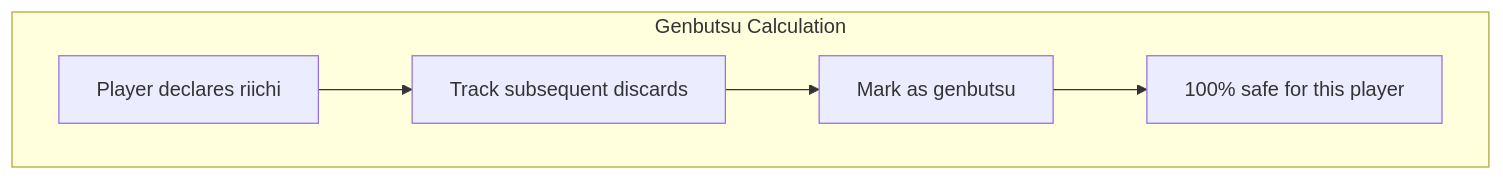
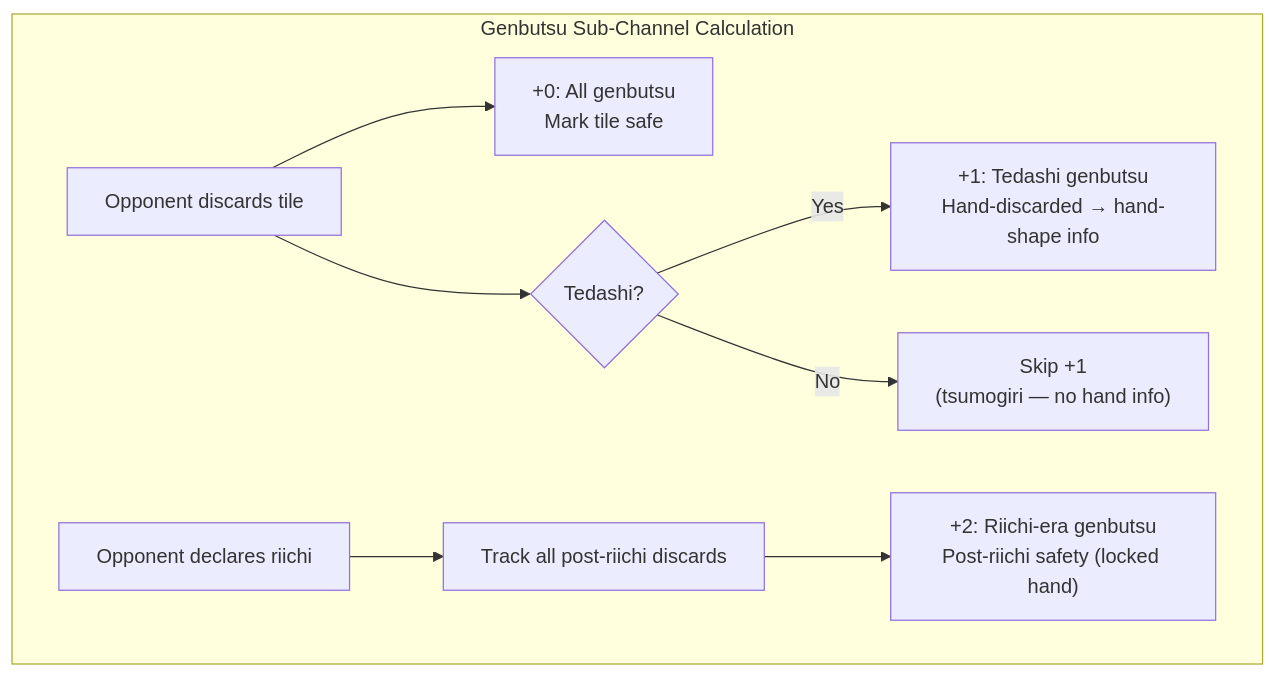
One commit to NikkeTryHard/hydra changed the third of 5 diagrams in research/OPPONENT_MODELING.md. Above: the diagram before and after it, drawn with Mermaid. The commit also changed other lines of this file and 3 other files, not shown here.

````diff
--- a/research/OPPONENT_MODELING.md
+++ b/research/OPPONENT_MODELING.md
@@ -78,8 +84,11 @@
 ```mermaid
 graph TB
-    subgraph "Genbutsu Calculation"
-        RIICHI[Player declares riichi] --> TRACK[Track subsequent discards]
-        TRACK --> MARK[Mark as genbutsu]
-        MARK --> SAFE["100% safe for this player"]
+    subgraph "Genbutsu Sub-Channel Calculation"
+        DISCARD[Opponent discards tile] --> ALL["+0: All genbutsu<br/>Mark tile safe"]
+        DISCARD --> CHECK_TEDASHI{Tedashi?}
+        CHECK_TEDASHI -->|Yes| TEDASHI["+1: Tedashi genbutsu<br/>Hand-discarded → hand-shape info"]
+        CHECK_TEDASHI -->|No| SKIP_T["Skip +1<br/>(tsumogiri — no hand info)"]
+        RIICHI[Opponent declares riichi] --> POST[Track all post-riichi discards]
+        POST --> ERA["+2: Riichi-era genbutsu<br/>Post-riichi safety (locked hand)"]
     end
 ```
````
